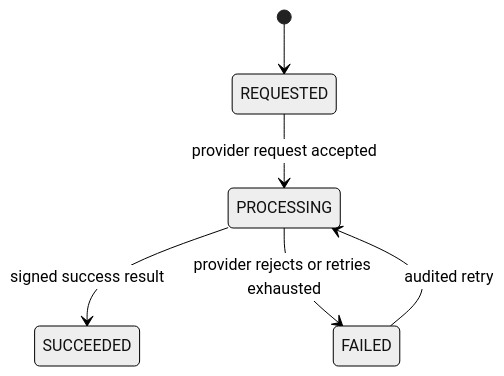
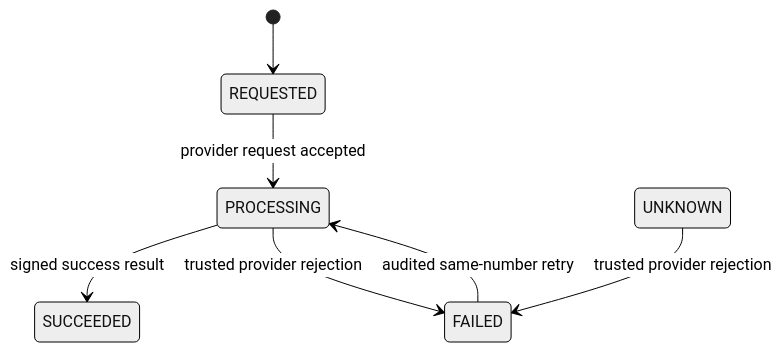
One commit to ctmd1234567/event-ticketing-platform changed the fourth of 5 diagrams in docs/architecture/STATE-MACHINES.md. Above: the diagram before and after it, drawn with Mermaid (neutral theme). The commit also changed other lines of this file and 21 other files, not shown here.

````diff
--- a/docs/architecture/STATE-MACHINES.md
+++ b/docs/architecture/STATE-MACHINES.md
@@ -81,8 +83,9 @@
 ```mermaid
 stateDiagram-v2
     [*] --> REQUESTED
     REQUESTED --> PROCESSING: provider request accepted
     PROCESSING --> SUCCEEDED: signed success result
-    PROCESSING --> FAILED: provider rejects or retries exhausted
-    FAILED --> PROCESSING: audited retry
+    PROCESSING --> FAILED: trusted provider rejection
+    UNKNOWN --> FAILED: trusted provider rejection
+    FAILED --> PROCESSING: audited same-number retry
 ```
````
